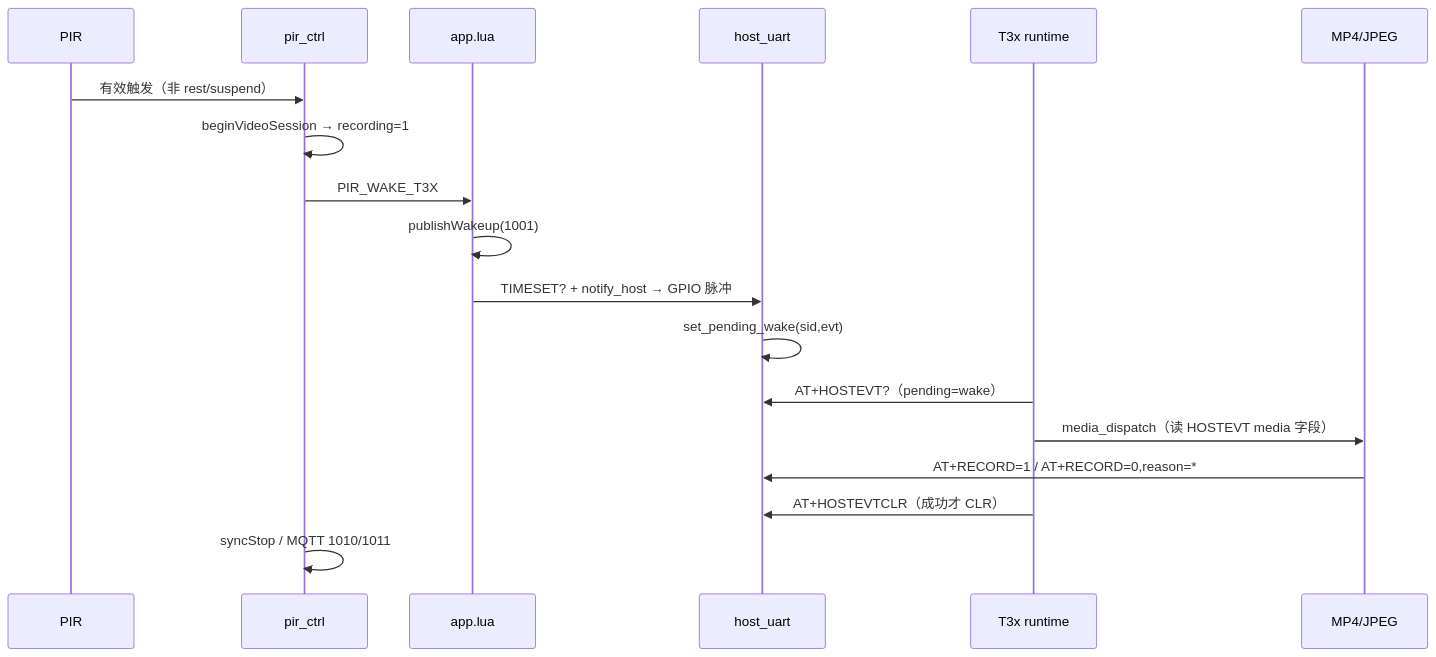
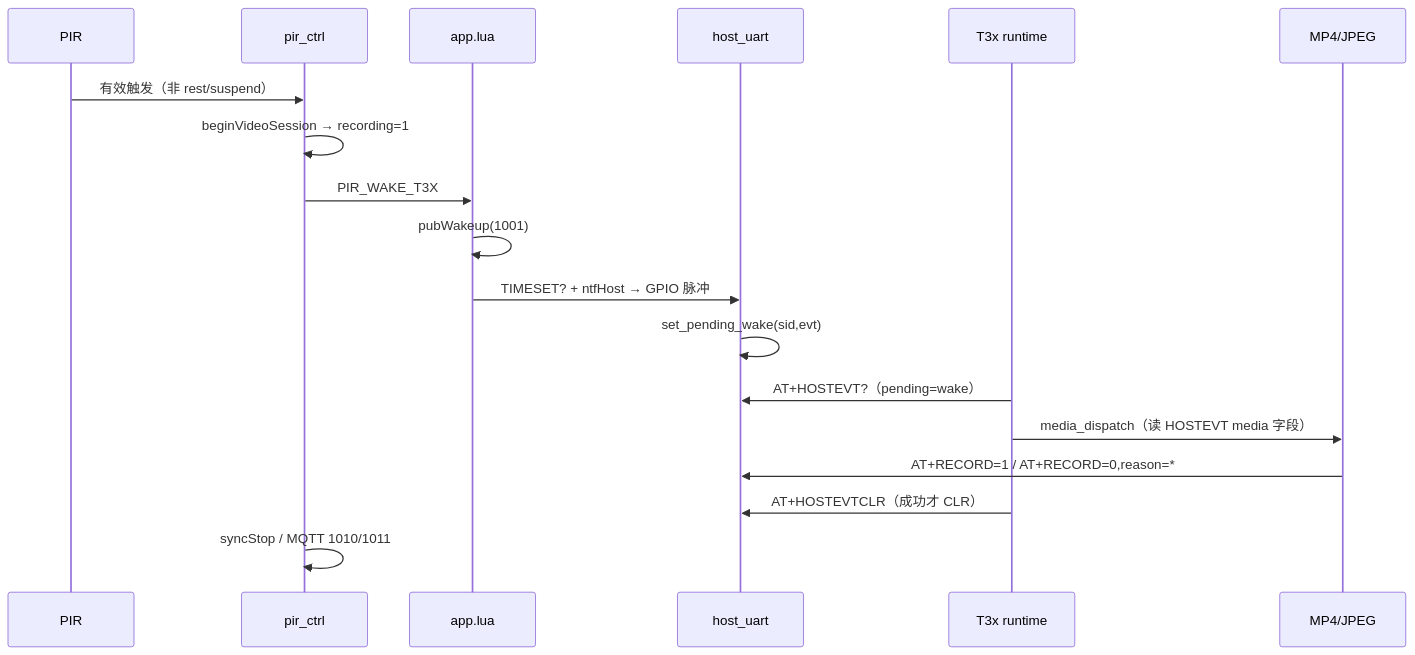
Before and after one commit to dzr1986/AIR780EHM: the second of 3 diagrams in doc/T3X_IPC_4G_INTERACTION.md, drawn with Mermaid. The commit also changed other lines of this file and 84 other files, not shown here.

````diff
--- a/doc/T3X_IPC_4G_INTERACTION.md
+++ b/doc/T3X_IPC_4G_INTERACTION.md
@@ -72,22 +72,22 @@
 ```mermaid
 sequenceDiagram
     participant P as PIR
     participant C as pir_ctrl
     participant A as app.lua
     participant G as host_uart
     participant T as T3x runtime
     participant M as MP4/JPEG
 
     P->>C: 有效触发（非 rest/suspend）
     C->>C: beginVideoSession → recording=1
     C->>A: PIR_WAKE_T3X
-    A->>A: publishWakeup(1001)
-    A->>G: TIMESET? + notify_host → GPIO 脉冲
+    A->>A: pubWakeup(1001)
+    A->>G: TIMESET? + ntfHost → GPIO 脉冲
     G->>G: set_pending_wake(sid,evt)
 
     T->>G: AT+HOSTEVT?（pending=wake）
     T->>M: media_dispatch（读 HOSTEVT media 字段）
     M->>G: AT+RECORD=1 / AT+RECORD=0,reason=*
     T->>G: AT+HOSTEVTCLR（成功才 CLR）
     C->>C: syncStop / MQTT 1010/1011
 ```
````
